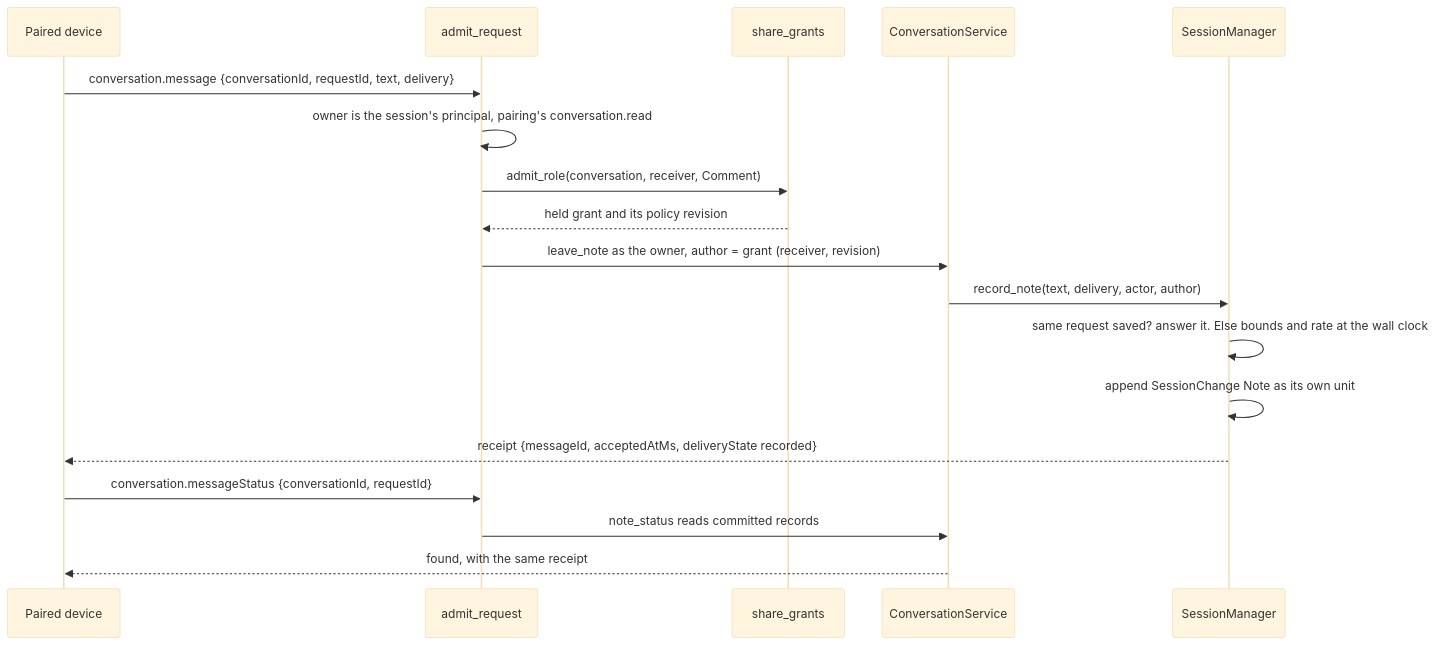
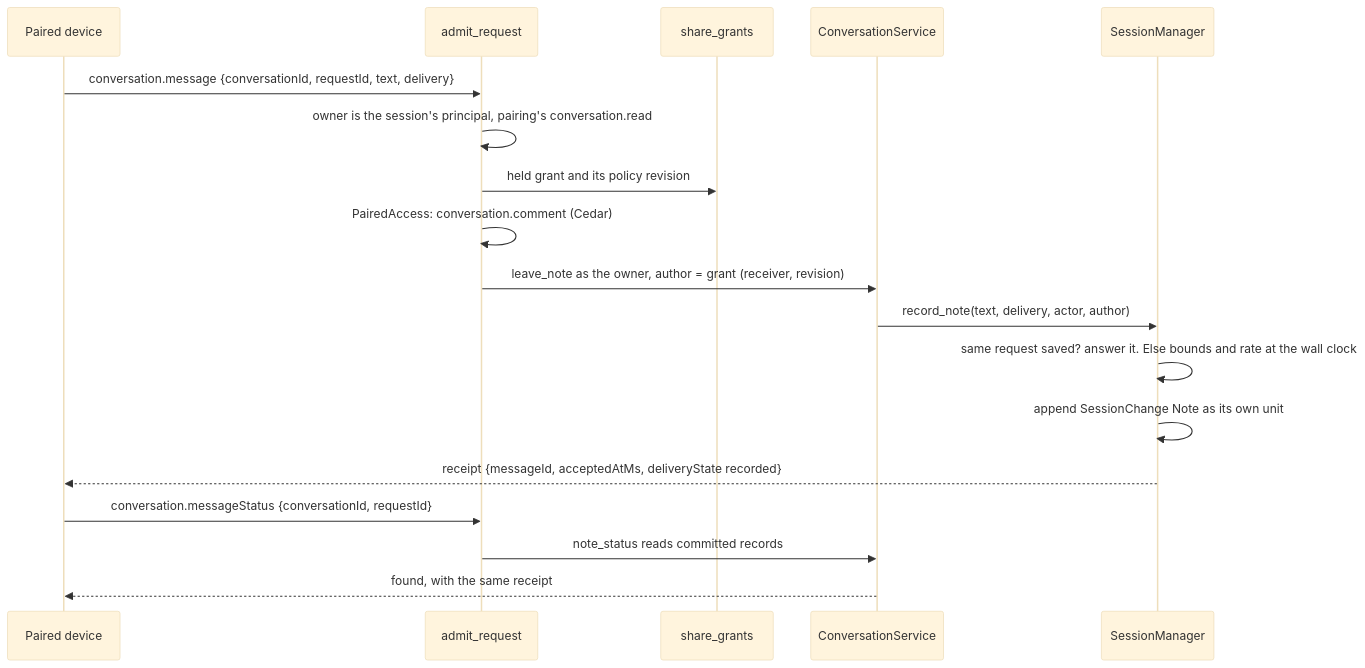
Before and after one commit to nessalabs/nessa-agent: the fifth of 6 diagrams in docs/design/read-grants.md, drawn with Mermaid (base theme). The commit also changed other lines of this file and 120 other files, not shown here.

First line of the commit message:
Conversation access, agent commands and MCP App calls are Cedar policies (ADR 803 steps 3 and 4) (#837)

````diff
--- a/docs/design/read-grants.md
+++ b/docs/design/read-grants.md
@@ -476,20 +509,20 @@
 ```mermaid
 sequenceDiagram
     participant Device as Paired device
     participant Socket as admit_request
     participant Grants as share_grants
     participant Service as ConversationService
     participant Session as SessionManager
     Device->>Socket: conversation.message {conversationId, requestId, text, delivery}
     Socket->>Socket: owner is the session's principal, pairing's conversation.read
-    Socket->>Grants: admit_role(conversation, receiver, Comment)
-    Grants-->>Socket: held grant and its policy revision
+    Socket->>Grants: held grant and its policy revision
+    Socket->>Socket: PairedAccess: conversation.comment (Cedar)
     Socket->>Service: leave_note as the owner, author = grant (receiver, revision)
     Service->>Session: record_note(text, delivery, actor, author)
     Session->>Session: same request saved? answer it. Else bounds and rate at the wall clock
     Session->>Session: append SessionChange Note as its own unit
     Session-->>Device: receipt {messageId, acceptedAtMs, deliveryState recorded}
     Device->>Socket: conversation.messageStatus {conversationId, requestId}
     Socket->>Service: note_status reads committed records
     Service-->>Device: found, with the same receipt
 ```
````
